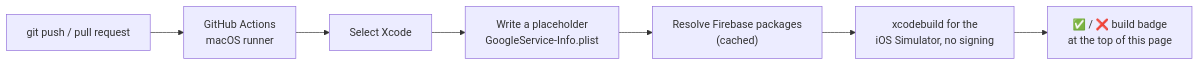
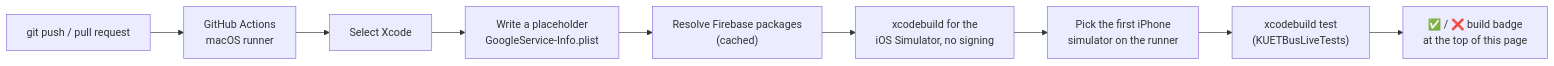
One commit to shadowfax-505/KUETBusLive changed diagram 18 of 19 in README.md. Above: the diagram before and after it, drawn with Mermaid. The commit also changed other lines of this file, not shown here.

Commit message:
Run the unit tests in CI and describe them in the README

````diff
--- a/README.md
+++ b/README.md
@@ -773,9 +773,11 @@
 ```mermaid
 flowchart LR
     PUSH["git push / pull request"] --> GA["GitHub Actions<br/>macOS runner"]
     GA --> X["Select Xcode"]
     X --> PL["Write a placeholder<br/>GoogleService-Info.plist"]
     PL --> SPM["Resolve Firebase packages<br/>(cached)"]
     SPM --> BUILD["xcodebuild for the<br/>iOS Simulator, no signing"]
-    BUILD --> BADGE["✅ / ❌ build badge<br/>at the top of this page"]
+    BUILD --> SIM["Pick the first iPhone<br/>simulator on the runner"]
+    SIM --> TEST["xcodebuild test<br/>(KUETBusLiveTests)"]
+    TEST --> BADGE["✅ / ❌ build badge<br/>at the top of this page"]
 ```
````
